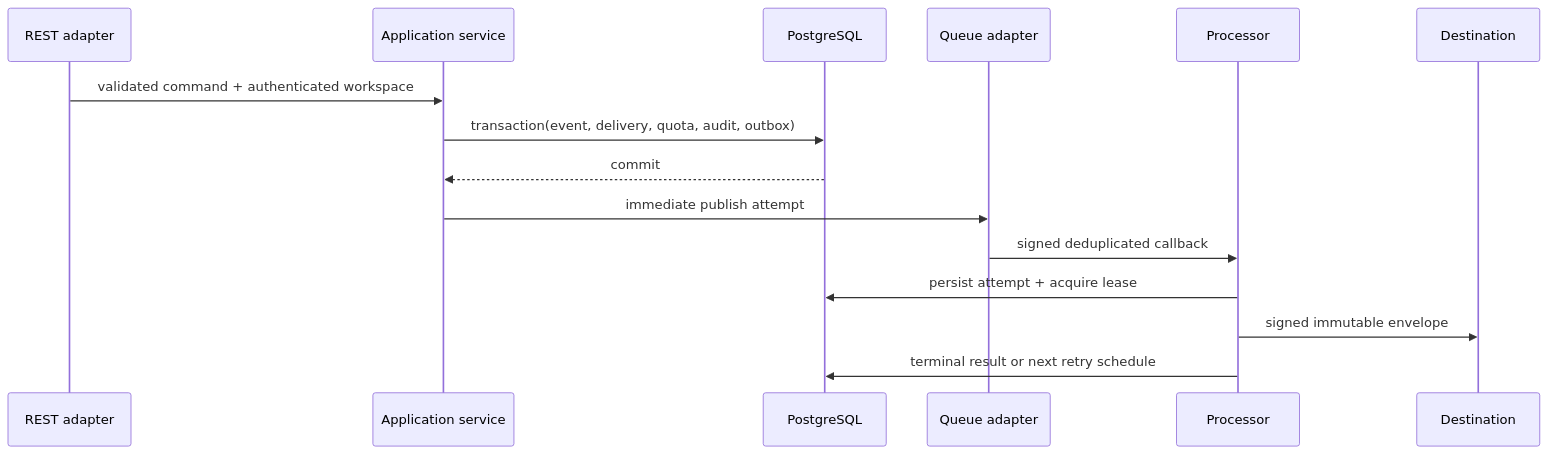
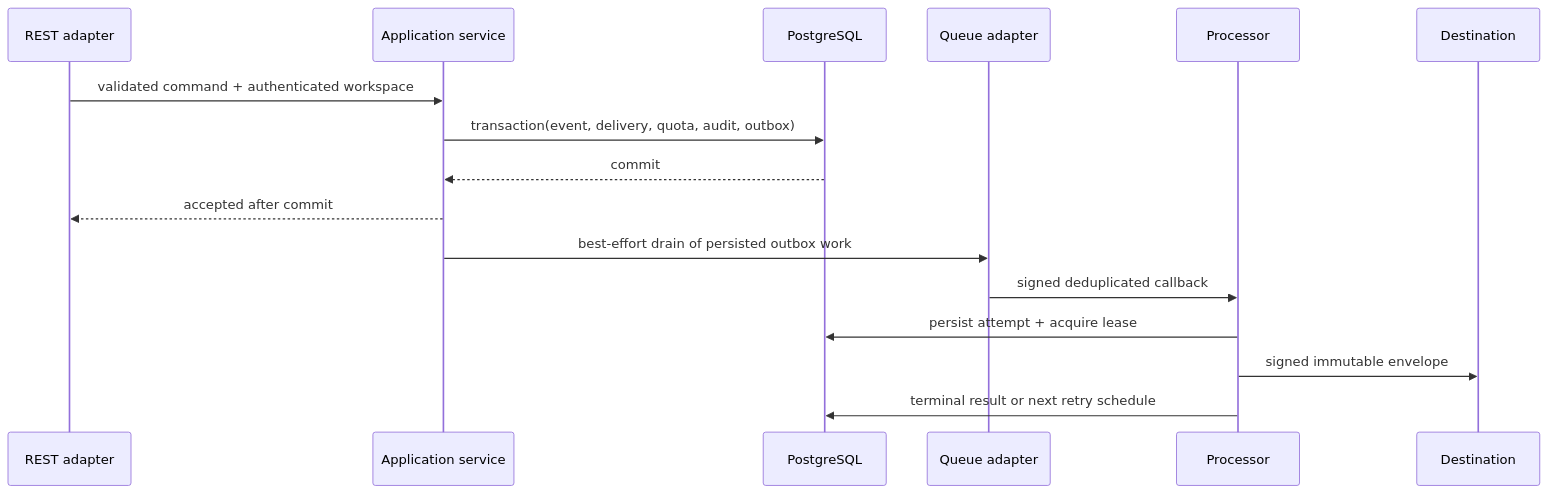
Before and after one commit to mubidotjs/reliable-webhook-platform: the second of 2 diagrams in docs/architecture.md, drawn with Mermaid. The commit also changed other lines of this file and 38 other files, not shown here.

Commit message:
feat: Implemented M2: durable ingestion, transactional outbox, signed delivery, retries, immutable attempt history, and crash recovery

````diff
--- a/docs/architecture.md
+++ b/docs/architecture.md
@@ -39,17 +39,18 @@
 ```mermaid
 sequenceDiagram
   participant A as REST adapter
   participant S as Application service
   participant D as PostgreSQL
   participant Q as Queue adapter
   participant W as Processor
   participant T as Destination
   A->>S: validated command + authenticated workspace
   S->>D: transaction(event, delivery, quota, audit, outbox)
   D-->>S: commit
-  S->>Q: immediate publish attempt
+  S-->>A: accepted after commit
+  S->>Q: best-effort drain of persisted outbox work
   Q->>W: signed deduplicated callback
   W->>D: persist attempt + acquire lease
   W->>T: signed immutable envelope
   W->>D: terminal result or next retry schedule
 ```
````
